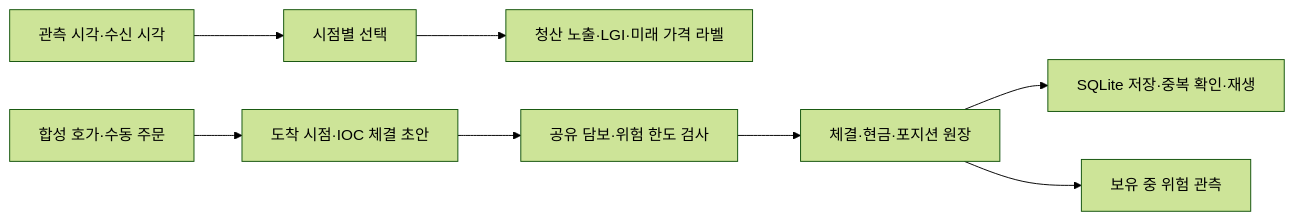
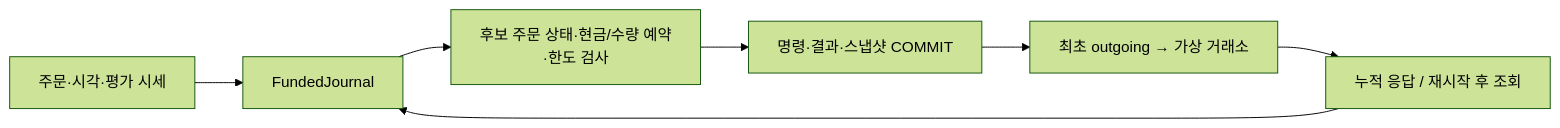
Before and after one commit to Min9s/liquidation-aware-market-microstructure-research: the diagram in README.md, drawn with Mermaid (forest theme). The commit also changed other lines of this file and 7 other files, not shown here.

````diff
--- a/README.md
+++ b/README.md
@@ -45,10 +47,9 @@
 ```mermaid
 flowchart LR
-    A["관측 시각·수신 시각"] --> B["시점별 선택"]
-    B --> C["청산 노출·LGI·미래 가격 라벨"]
-    D["합성 호가·수동 주문"] --> E["도착 시점·IOC 체결 초안"]
-    E --> F["공유 담보·위험 한도 검사"]
-    F --> G["체결·현금·포지션 원장"]
-    G --> H["SQLite 저장·중복 확인·재생"]
-    G --> I["보유 중 위험 관측"]
+    A["주문·시각·평가 시세"] --> B["FundedJournal"]
+    B --> C["후보 주문 상태·현금/수량 예약·한도 검사"]
+    C --> D["명령·결과·스냅샷 COMMIT"]
+    D --> E["최초 outgoing → 가상 거래소"]
+    E --> F["누적 응답 / 재시작 후 조회"]
+    F --> B
 ```
````
